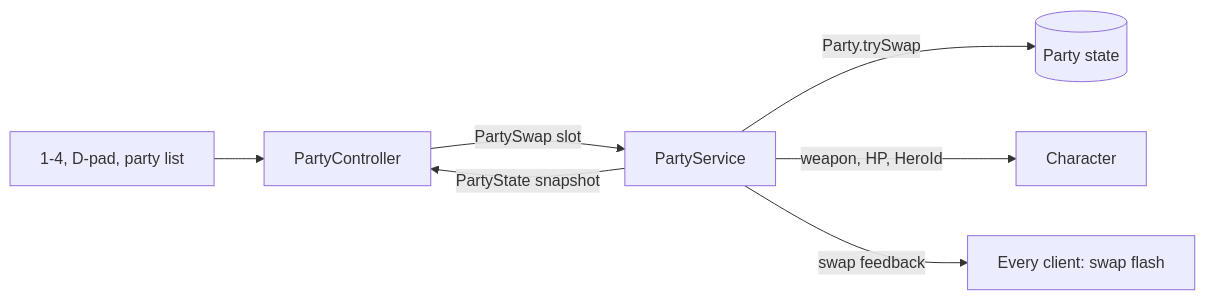
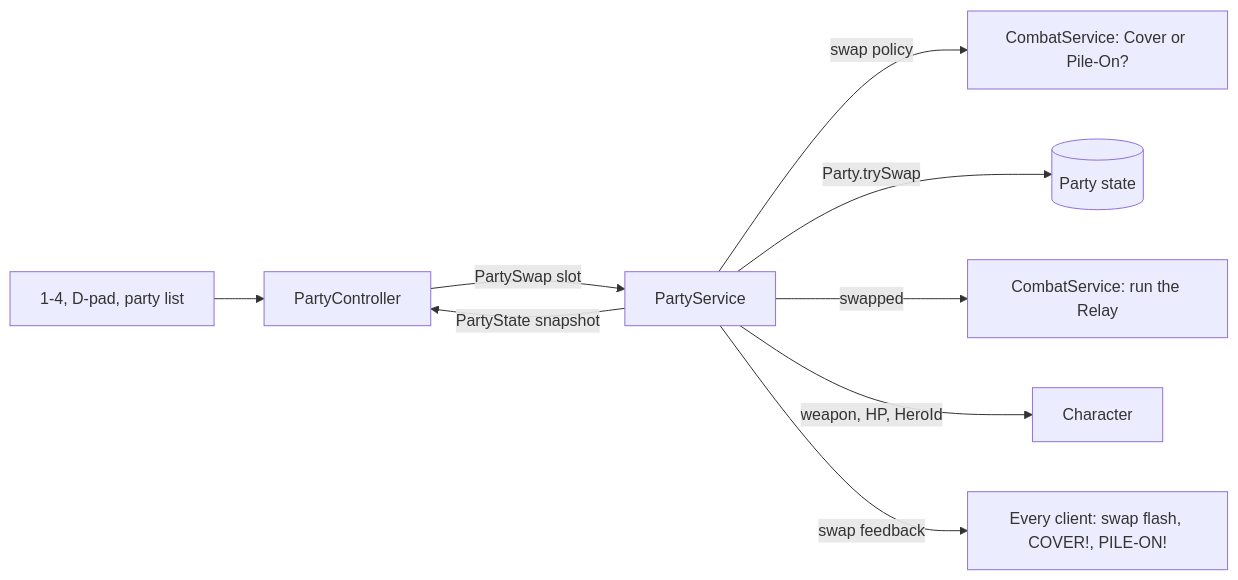
The diagram in docs/systems/party.md (GatTrolls/AeloriaBase), drawn with Mermaid before and after one commit. The commit also changed other lines of this file and 47 other files, not shown here.

````diff
--- a/docs/systems/party.md
+++ b/docs/systems/party.md
@@ -29,9 +33,11 @@
 ```mermaid
 flowchart LR
     I[1-4, D-pad, party list] --> PC[PartyController]
     PC -->|PartySwap slot| PS[PartyService]
+    PS -->|swap policy| CS[CombatService: Cover or Pile-On?]
     PS -->|Party.trySwap| P[(Party state)]
+    PS -->|swapped| CS2[CombatService: run the Relay]
     PS -->|PartyState snapshot| PC
     PS -->|weapon, HP, HeroId| Ch[Character]
-    PS -->|swap feedback| All[Every client: swap flash]
+    PS -->|swap feedback| All[Every client: swap flash, COVER!, PILE-ON!]
 ```
````
